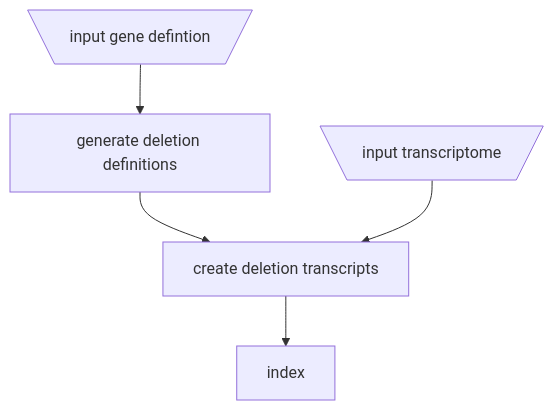
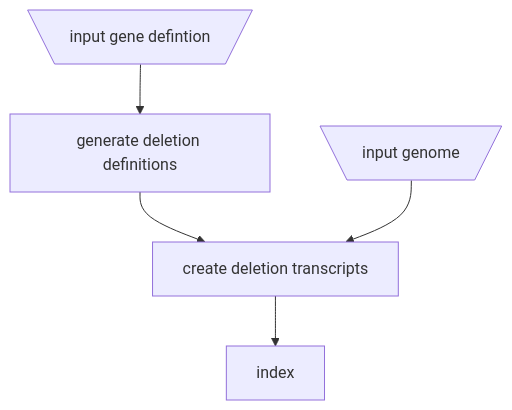
One commit to Oshlack/Toblerone changed the first of 2 diagrams in README.md. Above: the diagram before and after it, drawn with Mermaid. The commit also changed other lines of this file and 1 other file, not shown here.

````diff
--- a/README.md
+++ b/README.md
@@ -41,7 +41,7 @@
 ```mermaid
   graph TD;
     A[\input gene defintion/]-->B;   
     B[generate deletion definitions]-->D;
-       C[\input transcriptome/]-->D[create deletion transcripts];
+       C[\input genome/]-->D[create deletion transcripts];
        D-->E[index];
 ```
````
